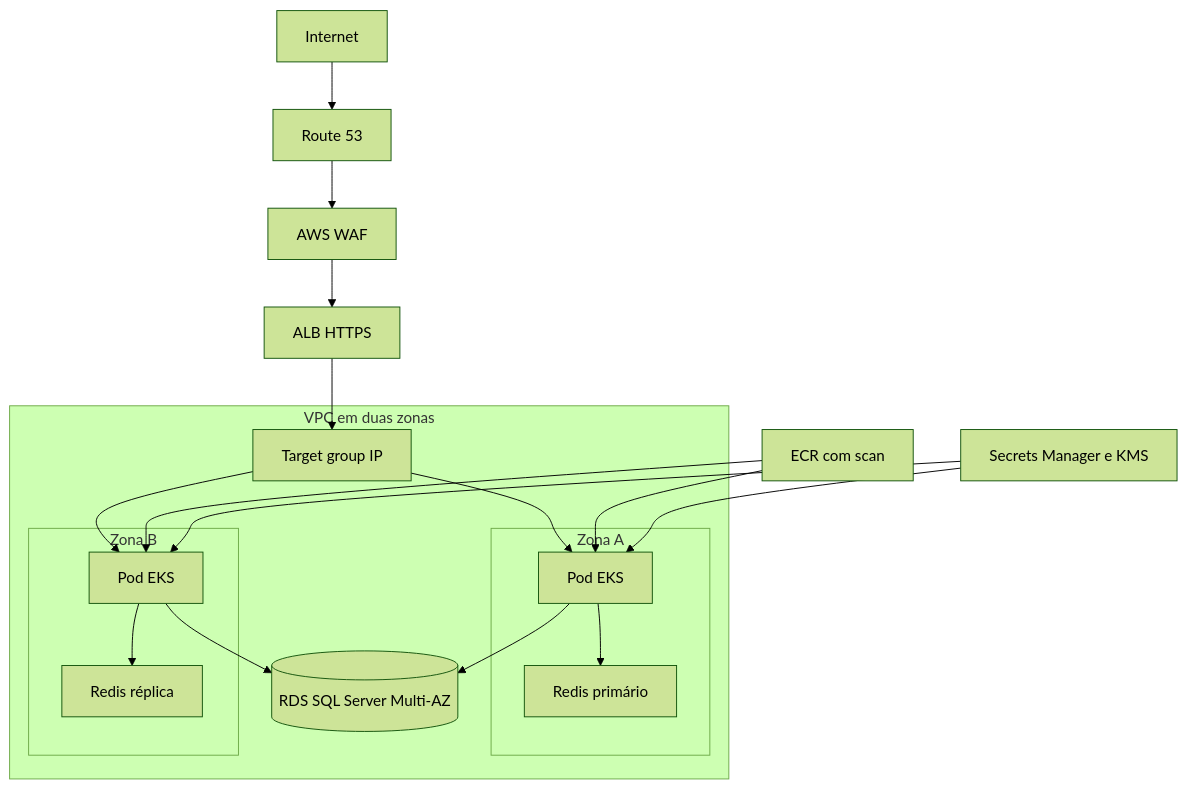
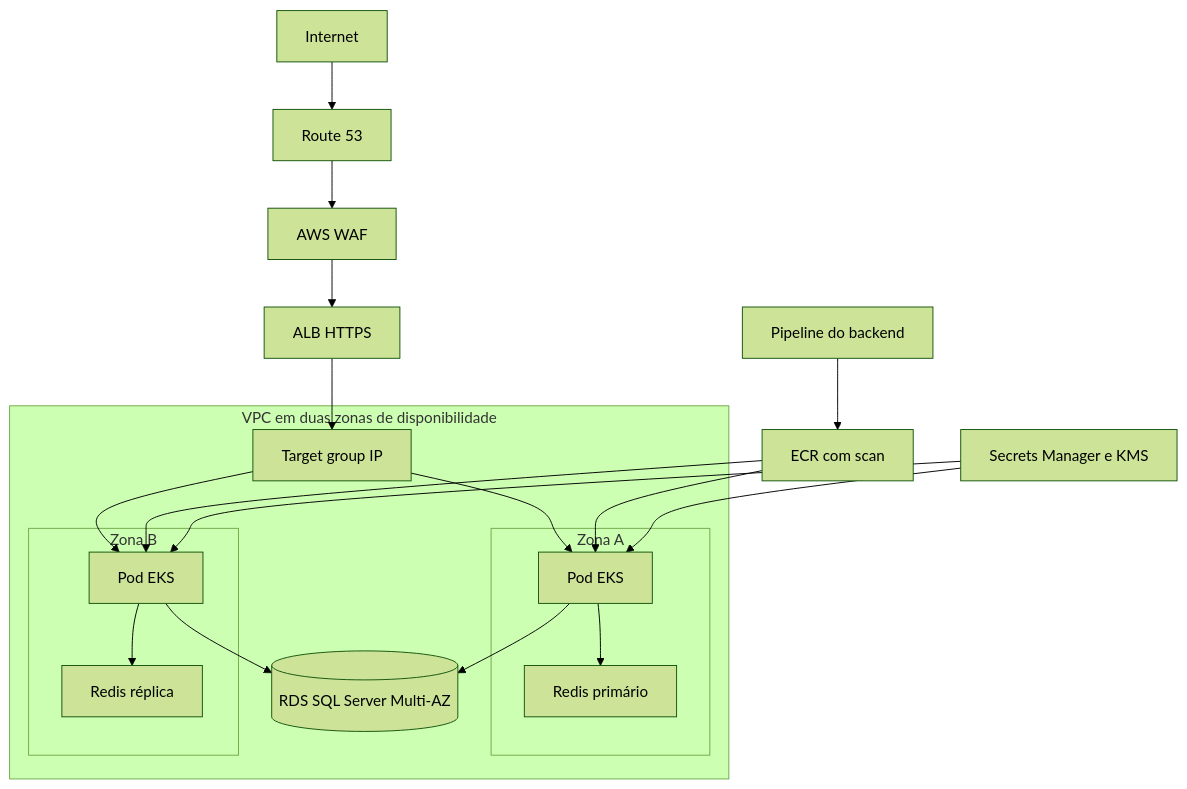
The diagram in architecture/architecture.md (wellingtonfds/shipment-tracking-infra), drawn with Mermaid (forest theme) before and after one commit. The commit also changed other lines of this file and 10 other files, not shown here.

````diff
--- a/architecture/architecture.md
+++ b/architecture/architecture.md
@@ -3,27 +3,30 @@
 ```mermaid
 flowchart TB
   Internet --> DNS[Route 53]
   DNS --> WAF[AWS WAF]
   WAF --> ALB[ALB HTTPS]
   ALB --> TG[Target group IP]
-  subgraph VPC[VPC em duas zonas]
+
+  subgraph VPC[VPC em duas zonas de disponibilidade]
     subgraph A[Zona A]
       PodA[Pod EKS]
       RedisA[Redis primário]
     end
     subgraph B[Zona B]
       PodB[Pod EKS]
       RedisB[Redis réplica]
     end
     TG --> PodA
     TG --> PodB
     PodA --> DB[(RDS SQL Server Multi-AZ)]
     PodB --> DB
     PodA --> RedisA
     PodB --> RedisB
   end
-  ECR[ECR com scan] --> PodA
+
+  Pipeline[Pipeline do backend] --> ECR[ECR com scan]
+  ECR --> PodA
   ECR --> PodB
   Secrets[Secrets Manager e KMS] --> PodA
   Secrets --> PodB
 ```
````
